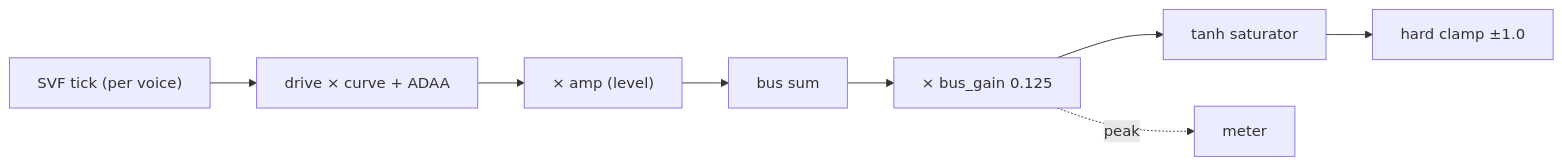
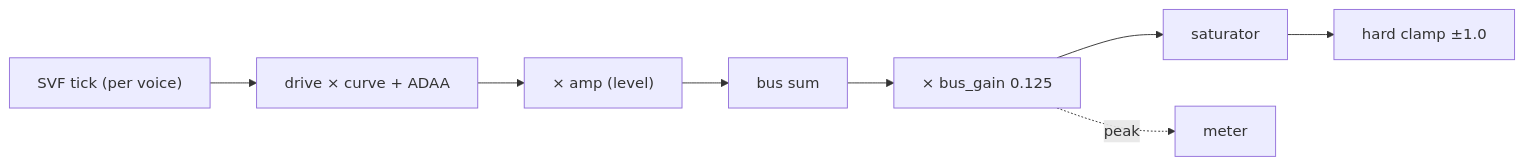
Before and after one commit to dichodaemon/twang: the diagram in docs/workflow/arch-designs/output-stage_arch-design.md, drawn with Mermaid. The commit also changed other lines of this file, not shown here.

````diff
--- a/docs/workflow/arch-designs/output-stage_arch-design.md
+++ b/docs/workflow/arch-designs/output-stage_arch-design.md
@@ -87,6 +87,6 @@
 ```mermaid
 flowchart LR
     svf["SVF tick (per voice)"] --> shaper["drive × curve + ADAA"] --> amp["× amp (level)"] --> bus["bus sum"]
-    bus --> gain["× bus_gain 0.125"] --> sat["tanh saturator"] --> clamp["hard clamp ±1.0"]
+    bus --> gain["× bus_gain 0.125"] --> sat["saturator"] --> clamp["hard clamp ±1.0"]
     gain -. "peak" .-> meter["meter"]
 ```
````
